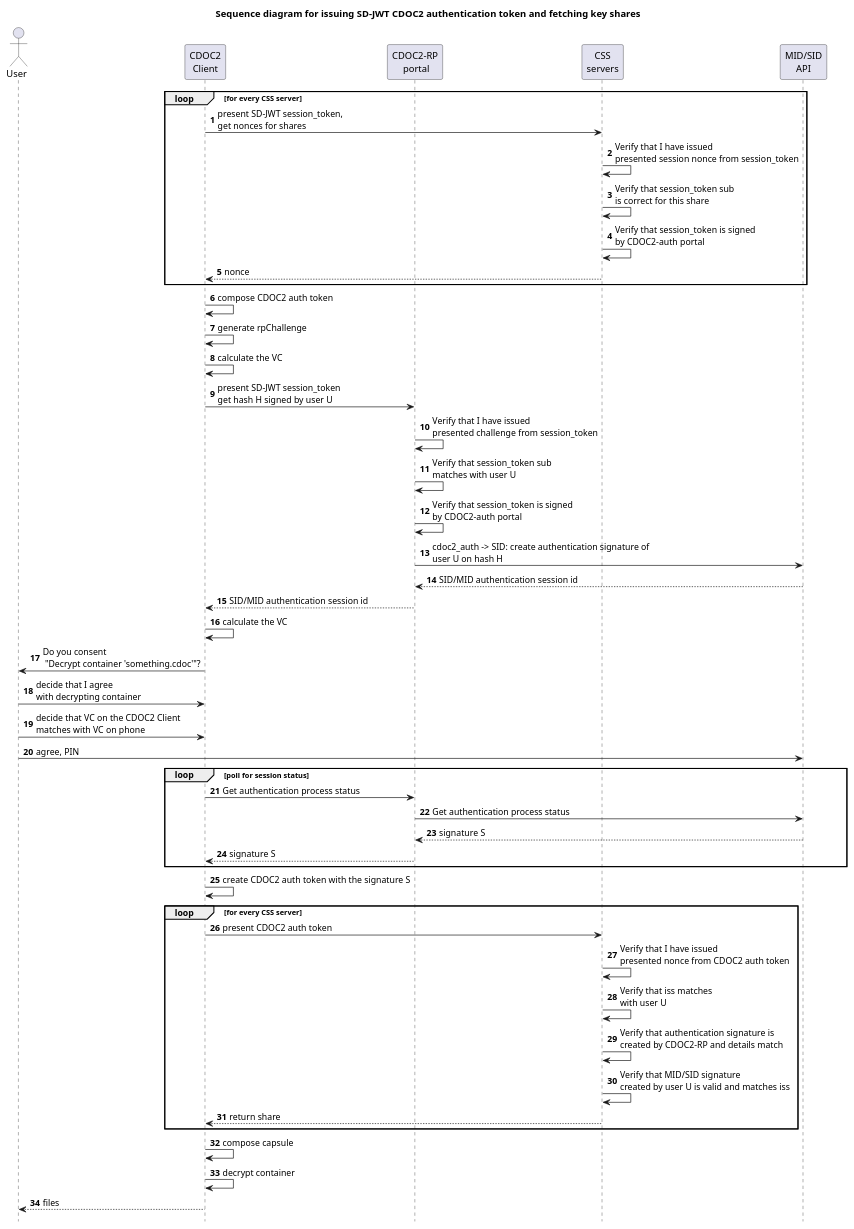
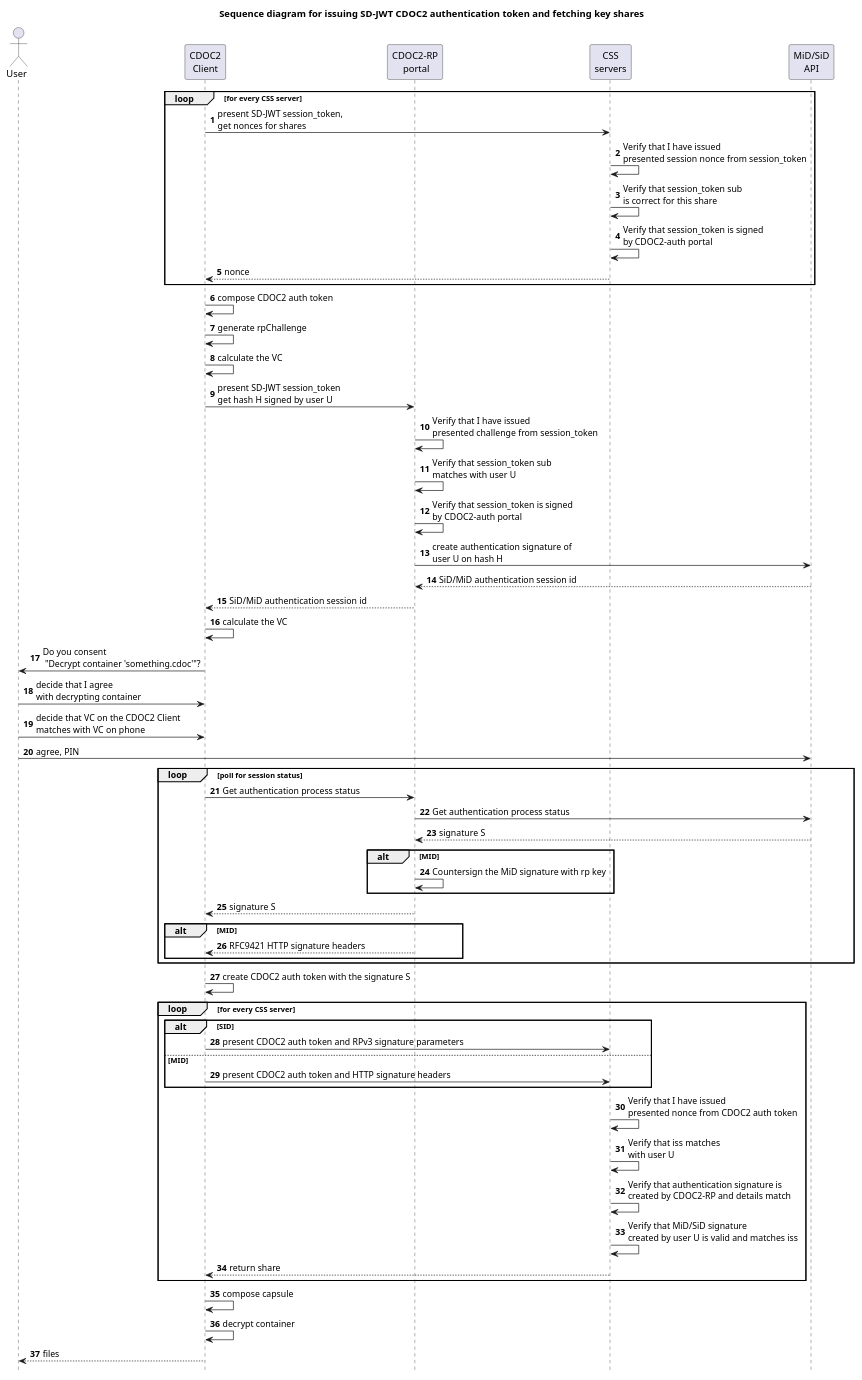
Before and after one commit to open-eid/CDOC2: the second of 2 diagrams in cdoc2-system-docs/docs/03_system_architecture/ch06_ID_authentication_protocol.md, drawn with PlantUML. The commit also changed other lines of this file, not shown here.

Commit message:
CDOC-174: update the sequence graphs with MiD changes

````diff
--- a/cdoc2-system-docs/docs/03_system_architecture/ch06_ID_authentication_protocol.md
+++ b/cdoc2-system-docs/docs/03_system_architecture/ch06_ID_authentication_protocol.md
@@ -90,64 +97,74 @@
 ```plantuml
 @startuml
 skinparam ParticipantPadding 20
 skinparam BoxPadding 30
 hide footbox
 autonumber
 
 title Sequence diagram for issuing SD-JWT CDOC2 authentication token and fetching key shares
 
 actor User
 participant "CDOC2\nClient" as CLIENT
 participant "CDOC2-RP\n portal" as CRP
 participant "CSS\nservers" as CSS
-participant "MID/SID\nAPI" as SID
+participant "MiD/SiD\nAPI" as SID
 
 loop for every CSS server
     CLIENT -> CSS : present SD-JWT session_token,\nget nonces for shares
     CSS -> CSS : Verify that I have issued\npresented session nonce from session_token
     CSS -> CSS : Verify that session_token sub\nis correct for this share
     CSS -> CSS : Verify that session_token is signed\nby CDOC2-auth portal
     CSS --> CLIENT : nonce
 end
 
 CLIENT -> CLIENT : compose CDOC2 auth token
 CLIENT -> CLIENT : generate rpChallenge
 CLIENT -> CLIENT : calculate the VC
 
 CLIENT -> CRP : present SD-JWT session_token \nget hash H signed by user U
 CRP -> CRP : Verify that I have issued\npresented challenge from session_token
 CRP -> CRP : Verify that session_token sub\nmatches with user U
 CRP -> CRP : Verify that session_token is signed\nby CDOC2-auth portal
-CRP -> SID : cdoc2_auth -> SID: create authentication signature of\nuser U on hash H
-SID --> CRP : SID/MID authentication session id
-CRP --> CLIENT : SID/MID authentication session id
+CRP -> SID : create authentication signature of\nuser U on hash H
+SID --> CRP : SiD/MiD authentication session id
+CRP --> CLIENT : SiD/MiD authentication session id
 CLIENT -> CLIENT : calculate the VC
 
 CLIENT -> User : Do you consent\n "Decrypt container 'something.cdoc'"?
 User -> CLIENT : decide that I agree\nwith decrypting container
 User -> CLIENT : decide that VC on the CDOC2 Client\nmatches with VC on phone
 User -> SID : agree, PIN
 
 loop poll for session status
   CLIENT -> CRP : Get authentication process status
   CRP -> SID : Get authentication process status
   SID --> CRP : signature S
+  alt MID
+    CRP -> CRP: Countersign the MiD signature with rp key
+  end
   CRP --> CLIENT : signature S
+  alt MID
+    CRP --> CLIENT : RFC9421 HTTP signature headers
+  end
 end
 
 CLIENT -> CLIENT : create CDOC2 auth token with the signature S
 
 loop for every CSS server
-    CLIENT -> CSS : present CDOC2 auth token
+    alt SID
+        CLIENT -> CSS : present CDOC2 auth token and RPv3 signature parameters
+    else MID
+        CLIENT -> CSS : present CDOC2 auth token and HTTP signature headers
+    end
     CSS -> CSS : Verify that I have issued\npresented nonce from CDOC2 auth token
     CSS -> CSS : Verify that iss matches\nwith user U
     CSS -> CSS : Verify that authentication signature is\ncreated by CDOC2-RP and details match
-    CSS -> CSS : Verify that MID/SID signature\ncreated by user U is valid and matches iss
+    CSS -> CSS : Verify that MiD/SiD signature\ncreated by user U is valid and matches iss
     CSS --> CLIENT : return share
 end
 
 CLIENT -> CLIENT : compose capsule
 CLIENT -> CLIENT : decrypt container
 CLIENT --> User : files
 @enduml
 ```
````
